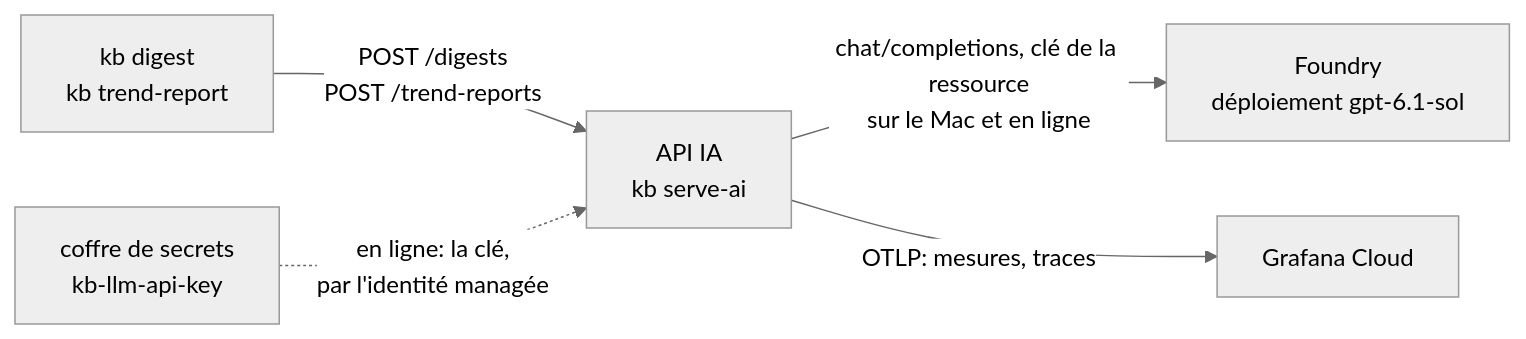
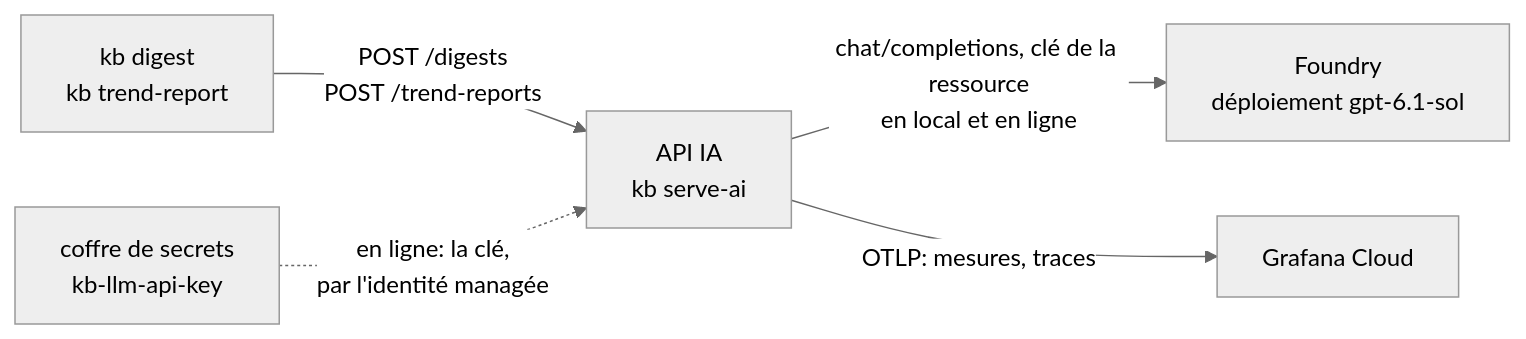
The diagram in documentation/service_ia_pour_docu.md (SabineLaurent/K-B), drawn with Mermaid (neutral theme) before and after one commit. The commit also changed other lines of this file and 5 other files, not shown here.

Commit message:
docs: say in local and online instead of on the Mac in the site, and the workstation where the Mac was an actor, keeping macOS for Homebrew and the TLS trial (issue 684)

````diff
--- a/documentation/service_ia_pour_docu.md
+++ b/documentation/service_ia_pour_docu.md
@@ -407,9 +407,9 @@
 ```mermaid
 flowchart LR
     accTitle: Qui appelle le service d'IA et ce dont l'appel dépend
-    accDescr: kb digest et kb trend-report appellent l'API IA, qui appelle le déploiement gpt-6.1-sol de Foundry par la clé de la ressource, sur le Mac, et en ligne depuis le 2026-11-18, et envoie ses mesures et ses traces à Grafana Cloud. En ligne, la clé vient du coffre de secrets, par l'identité managée.
+    accDescr: kb digest et kb trend-report appellent l'API IA, qui appelle le déploiement gpt-6.1-sol de Foundry par la clé de la ressource, en local, et en ligne depuis le 2026-11-18, et envoie ses mesures et ses traces à Grafana Cloud. En ligne, la clé vient du coffre de secrets, par l'identité managée.
     digest["kb digest<br>kb trend-report"] -->|"POST /digests<br>POST /trend-reports"| ai["API IA<br>kb serve-ai"]
-    ai -->|"chat/completions, clé de la ressource<br>sur le Mac et en ligne"| model["Foundry<br>déploiement gpt-6.1-sol"]
+    ai -->|"chat/completions, clé de la ressource<br>en local et en ligne"| model["Foundry<br>déploiement gpt-6.1-sol"]
     ai -->|"OTLP: mesures, traces"| grafana["Grafana Cloud"]
     vault["coffre de secrets<br>kb-llm-api-key"] -.->|"en ligne: la clé,<br>par l'identité managée"| ai
 ```
````
